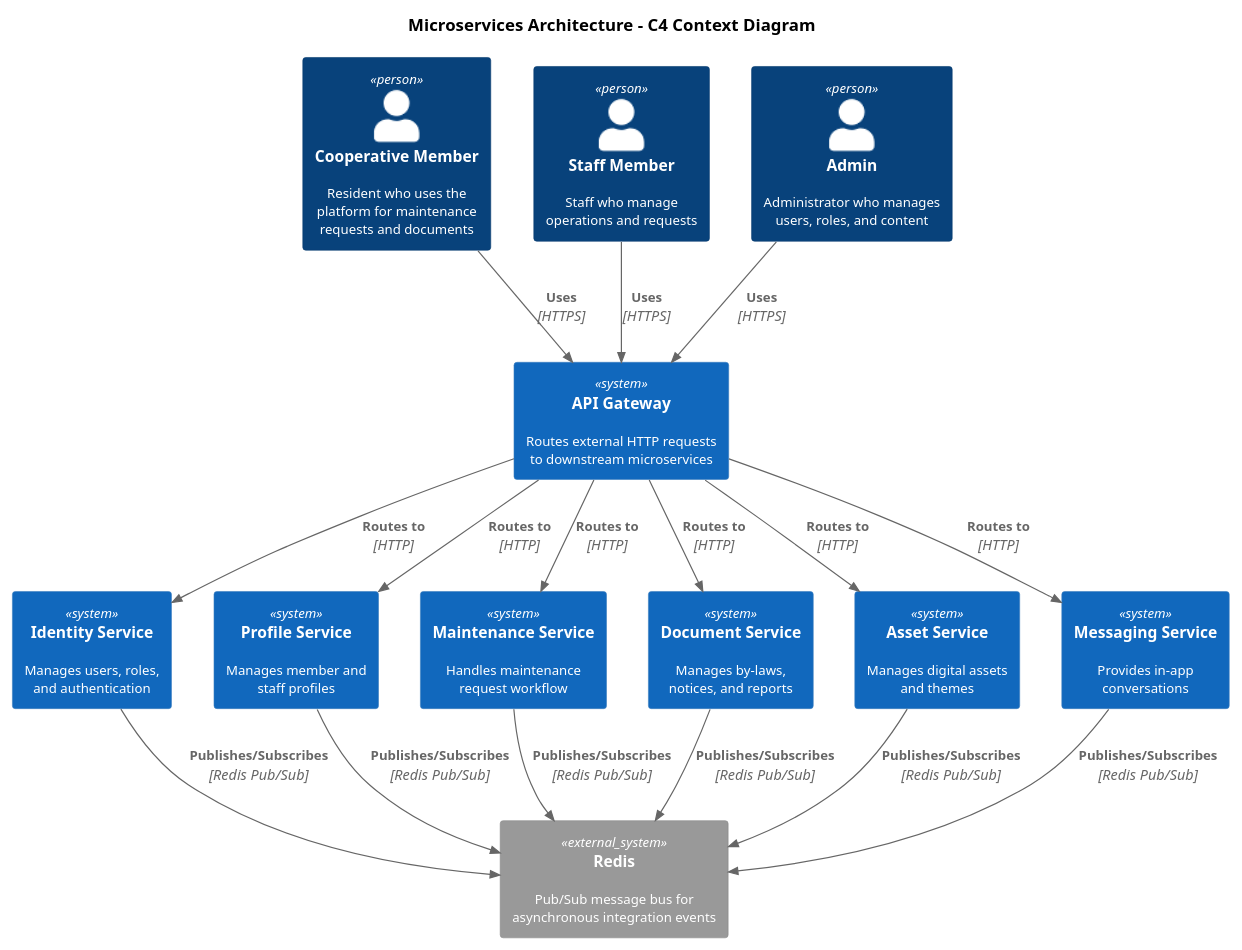
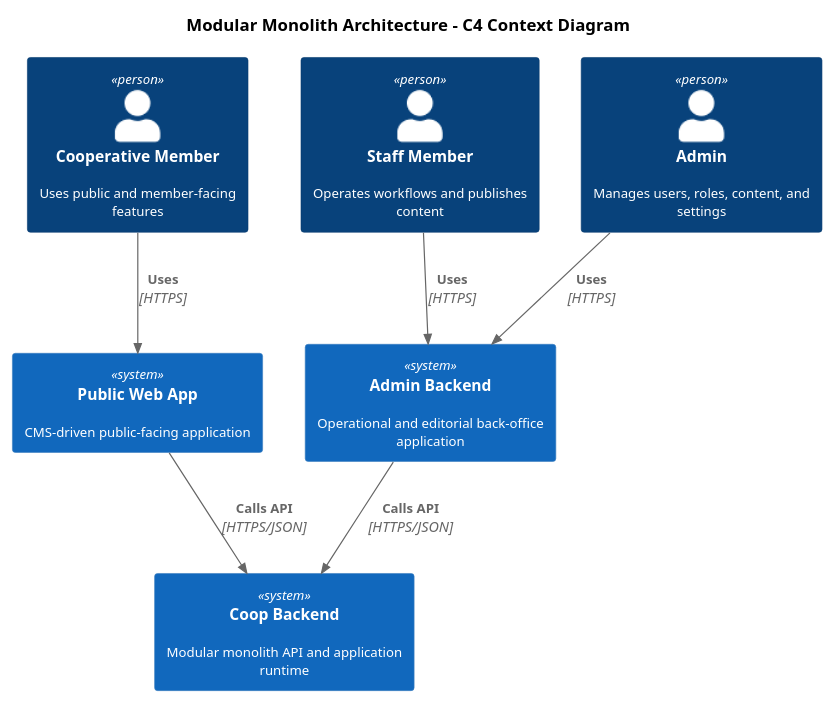
The diagram in docs/detailed-designs/12-modular-monolith-architecture/c4-context.puml (QuinntyneBrown/Coop), drawn with PlantUML before and after one commit. The commit also changed 3 other files, not shown here.

```diff
--- a/docs/detailed-designs/12-modular-monolith-architecture/c4-context.puml
+++ b/docs/detailed-designs/12-modular-monolith-architecture/c4-context.puml
@@ -1,44 +1,26 @@
 @startuml c4-context
 
 !include https://raw.githubusercontent.com/plantuml-stdlib/C4-PlantUML/master/C4_Context.puml
 
 skinparam defaultFontSize 11
 skinparam shadowing false
 skinparam pageMargin 10
 
-title Microservices Architecture - C4 Context Diagram
+title Modular Monolith Architecture - C4 Context Diagram
 
-Person(member, "Cooperative Member", "Resident who uses the\nplatform for maintenance\nrequests and documents")
-Person(staff, "Staff Member", "Staff who manage\noperations and requests")
-Person(admin, "Admin", "Administrator who manages\nusers, roles, and content")
+Person(member, "Cooperative Member", "Uses public and member-facing features")
+Person(staff, "Staff Member", "Operates workflows and publishes content")
+Person(admin, "Admin", "Manages users, roles, content, and settings")
 
-System(gateway, "API Gateway", "Routes external HTTP requests\nto downstream microservices")
+System(publicApp, "Public Web App", "CMS-driven public-facing application")
+System(adminApp, "Admin Backend", "Operational and editorial back-office application")
+System(coopBackend, "Coop Backend", "Modular monolith API and application runtime")
 
-System(identity, "Identity Service", "Manages users, roles,\nand authentication")
-System(profile, "Profile Service", "Manages member and\nstaff profiles")
-System(maintenance, "Maintenance Service", "Handles maintenance\nrequest workflow")
-System(document, "Document Service", "Manages by-laws,\nnotices, and reports")
-System(asset, "Asset Service", "Manages digital assets\nand themes")
-System(messaging, "Messaging Service", "Provides in-app\nconversations")
+Rel(member, publicApp, "Uses", "HTTPS")
+Rel(staff, adminApp, "Uses", "HTTPS")
+Rel(admin, adminApp, "Uses", "HTTPS")
 
-System_Ext(redis, "Redis", "Pub/Sub message bus for\nasynchronous integration events")
-
-Rel(member, gateway, "Uses", "HTTPS")
-Rel(staff, gateway, "Uses", "HTTPS")
-Rel(admin, gateway, "Uses", "HTTPS")
-
-Rel(gateway, identity, "Routes to", "HTTP")
-Rel(gateway, profile, "Routes to", "HTTP")
-Rel(gateway, maintenance, "Routes to", "HTTP")
-Rel(gateway, document, "Routes to", "HTTP")
-Rel(gateway, asset, "Routes to", "HTTP")
-Rel(gateway, messaging, "Routes to", "HTTP")
-
-Rel(identity, redis, "Publishes/Subscribes", "Redis Pub/Sub")
-Rel(profile, redis, "Publishes/Subscribes", "Redis Pub/Sub")
-Rel(maintenance, redis, "Publishes/Subscribes", "Redis Pub/Sub")
-Rel(document, redis, "Publishes/Subscribes", "Redis Pub/Sub")
-Rel(asset, redis, "Publishes/Subscribes", "Redis Pub/Sub")
-Rel(messaging, redis, "Publishes/Subscribes", "Redis Pub/Sub")
+Rel(publicApp, coopBackend, "Calls API", "HTTPS/JSON")
+Rel(adminApp, coopBackend, "Calls API", "HTTPS/JSON")
 
 @enduml
```
